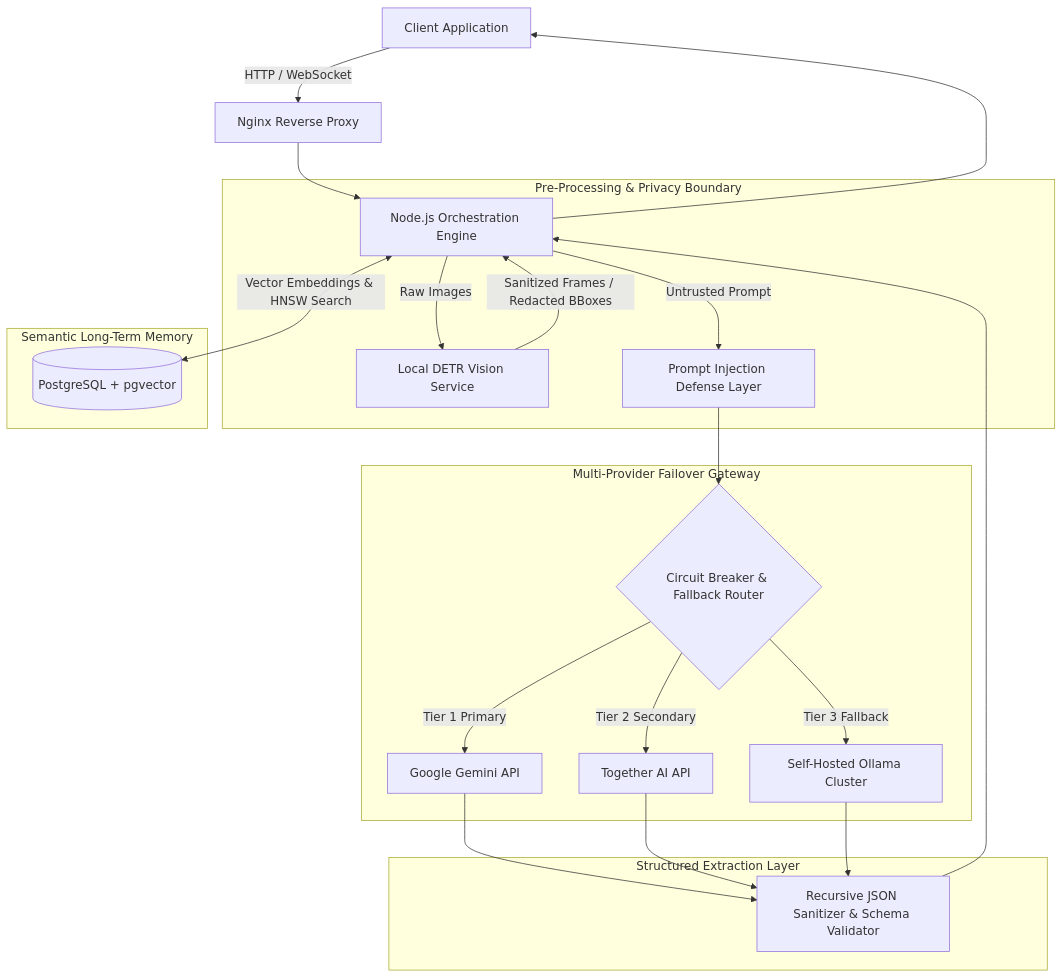
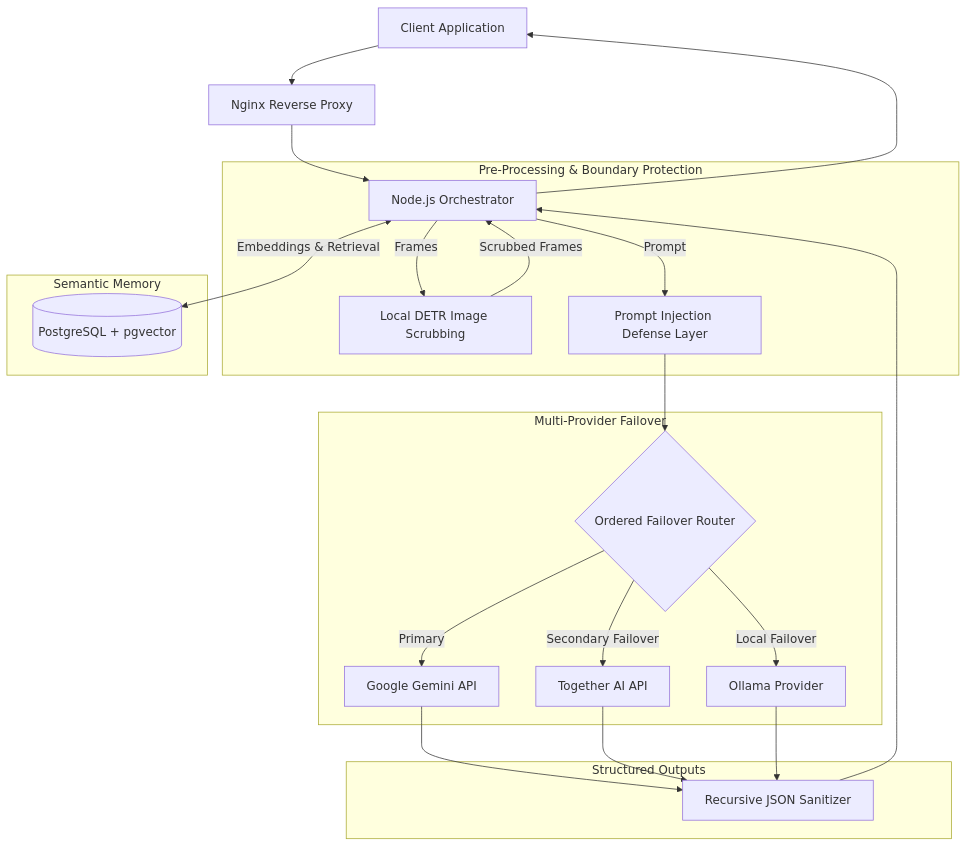
Before and after one commit to qproyect/qproject-showcase: the diagram in case-studies/quiddit.md, drawn with Mermaid. The commit also changed other lines of this file and 8 other files, not shown here.

````diff
--- a/case-studies/quiddit.md
+++ b/case-studies/quiddit.md
@@ -25,31 +25,31 @@
 ```mermaid
 graph TD
-    Client[Client Application] -->|HTTP / WebSocket| Ingress[Nginx Reverse Proxy]
-    Ingress --> Orchestrator[Node.js Orchestration Engine]
+    Client[Client Application] --> Ingress[Nginx Reverse Proxy]
+    Ingress --> Orchestrator[Node.js Orchestrator]
 
-    subgraph Privacy Guard [Pre-Processing & Privacy Boundary]
-        Orchestrator -->|Raw Images| DETR[Local DETR Vision Service]
-        DETR -->|Sanitized Frames / Redacted BBoxes| Orchestrator
-        Orchestrator -->|Untrusted Prompt| InjectionDefense[Prompt Injection Defense Layer]
+    subgraph Privacy Guard [Pre-Processing & Boundary Protection]
+        Orchestrator -->|Frames| DETR[Local DETR Image Scrubbing]
+        DETR -->|Scrubbed Frames| Orchestrator
+        Orchestrator -->|Prompt| DefenseLayer[Prompt Injection Defense Layer]
     end
 
-    subgraph Memory Store [Semantic Long-Term Memory]
-        Orchestrator <-->|Vector Embeddings & HNSW Search| PGVector[(PostgreSQL + pgvector)]
+    subgraph Memory Store [Semantic Memory]
+        Orchestrator <-->|Embeddings & Retrieval| PGVector[(PostgreSQL + pgvector)]
     end
 
-    subgraph LLM Provider Tier [Multi-Provider Failover Gateway]
-        InjectionDefense --> Router{Circuit Breaker & Fallback Router}
-        Router -->|Tier 1 Primary| Gemini[Google Gemini API]
-        Router -->|Tier 2 Secondary| Together[Together AI API]
-        Router -->|Tier 3 Fallback| Ollama[Self-Hosted Ollama Cluster]
+    subgraph LLM Failover [Multi-Provider Failover]
+        DefenseLayer --> FailoverRouter{Ordered Failover Router}
+        FailoverRouter -->|Primary| Gemini[Google Gemini API]
+        FailoverRouter -->|Secondary Failover| Together[Together AI API]
+        FailoverRouter -->|Local Failover| Ollama[Ollama Provider]
     end
 
-    subgraph Output Validation [Structured Extraction Layer]
-        Gemini --> ResponseParser[Recursive JSON Sanitizer & Schema Validator]
+    subgraph Output Validation [Structured Outputs]
+        Gemini --> ResponseParser[Recursive JSON Sanitizer]
         Together --> ResponseParser
         Ollama --> ResponseParser
     end
 
     ResponseParser --> Orchestrator
     Orchestrator --> Client
 ```
````
